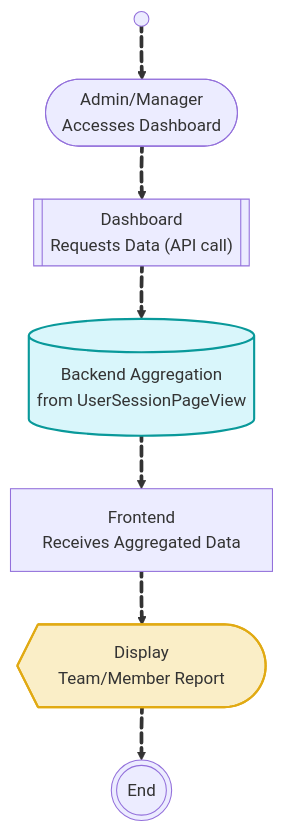
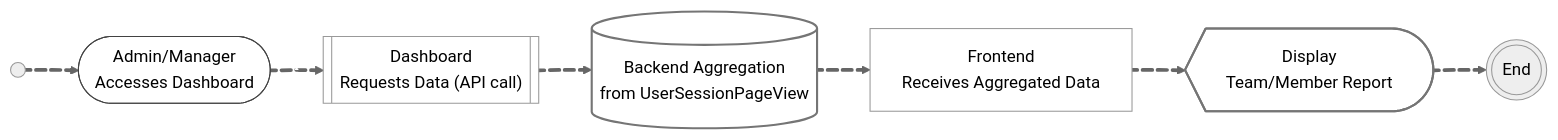
The second of 3 diagrams in TimeSheet/Teams_Report.md (Harshita-capsitech/EmailDocs), drawn with Mermaid before and after one commit. The commit also changed other lines of this file, not shown here.

Commit message:
Revise DFD and process flow diagrams
Updated DFD and process flow diagrams with new configurations and styles.

````diff
--- a/TimeSheet/Teams_Report.md
+++ b/TimeSheet/Teams_Report.md
@@ -53,30 +53,40 @@
 ```mermaid
-%%{init: {"flowchart":{"curve":"monotoneY"}} }%%
-flowchart TB
-    A@{ shape: sm-circ, label: "Start" }
+---
+config:
+  flowchart:
+    curve: monotoneY
+  theme: neutral
+  look: classic
+---
+flowchart LR
+    A["Start"] e1@==> step1(["Admin/Manager 
+Accesses Dashboard"])
+    step1 e2@==> step2["Dashboard 
+Requests Data (API call)"]
+    step2 e3@==> step3["Backend Aggregation
+from UserSessionPageView"]
+    step3 e4@==> step4["Frontend 
+Receives Aggregated Data"]
+    step4 e5@==> step5["Display 
+Team/Member Report"]
+    step5 e6@==> B["End"]
 
-    step1@{ shape: stadium, label: "Admin/Manager \nAccesses Dashboard" }
-    step2@{ shape: fr-rect, label: "Dashboard \nRequests Data (API call)" }
-    step3@{ shape: cyl, label: "Backend Aggregation\nfrom UserSessionPageView" }
-    step4@{ shape: rect, label: "Frontend \nReceives Aggregated Data" }
-    step5@{ shape: curv-trap, label: "Display \nTeam/Member Report" }
-    B@{ shape: dbl-circ, label: "End" }
+    A@{ shape: sm-circ}
+    step2@{ shape: fr-rect}
+    step3@{ shape: cyl}
+    step4@{ shape: rect}
+    step5@{ shape: curv-trap}
+    B@{ shape: dbl-circ}
+    style step1 fill:#FFFFFF,stroke:#424242
+    style step2 fill:#FFFFFF
+    style step3 fill:#FFFFFF,stroke:#757575,stroke-width:2px
+    style step4 fill:#FFFFFF
+    style step5 fill:#FFFFFF,stroke:#757575,stroke-width:2px
 
-    A e1@==> step1
-    step1 e2@==> step2
-    step2 e3@==> step3
-    step3 e4@==> step4
-    step4 e5@==> step5
-    step5 e6@==> B
-
-    e1@{ animate: true }
-    e2@{ animate: true }
-    e3@{ animate: true }
-    e4@{ animate: true }
-    e5@{ animate: true }
+    e1@{ animate: true } 
+    e2@{ animate: true } 
+    e3@{ animate: true } 
+    e4@{ animate: true } 
+    e5@{ animate: true } 
     e6@{ animate: true }
-
-    %% Optional: add style for clarity
-    style step3 fill:#d9f6fb,stroke:#09999a,stroke-width:2px
-    style step5 fill:#faeec7,stroke:#e1aa13,stroke-width:2px
 ```
````
